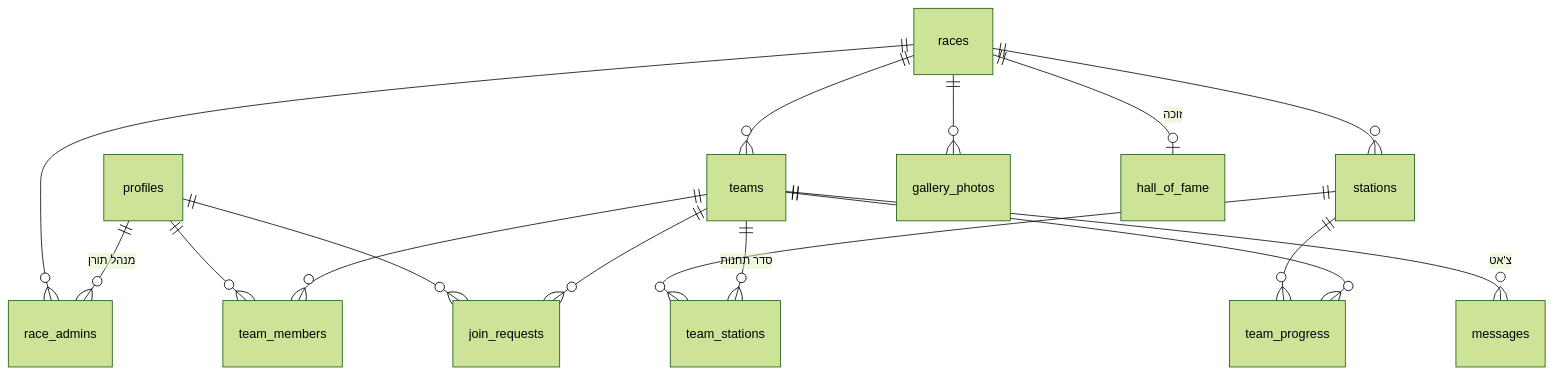
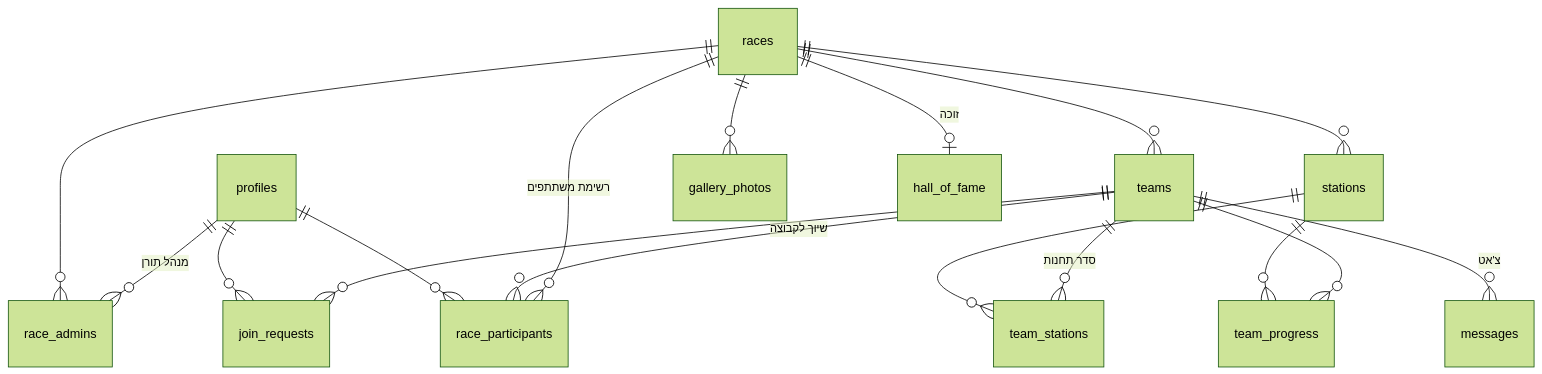
One commit to LironShirazi/cohen-empire changed the diagram in docs/03-data-model.md. Above: the diagram before and after it, drawn with Mermaid (forest theme). The commit also changed other lines of this file and 5 other files, not shown here.

````diff
--- a/docs/03-data-model.md
+++ b/docs/03-data-model.md
@@ -5,18 +5,19 @@
 ```mermaid
 erDiagram
     profiles ||--o{ race_admins : "מנהל תורן"
     races ||--o{ race_admins : ""
     races ||--o{ teams : ""
     races ||--o{ stations : ""
     races ||--o{ gallery_photos : ""
-    teams ||--o{ team_members : ""
-    profiles ||--o{ team_members : ""
+    races ||--o{ race_participants : "רשימת משתתפים"
+    teams ||--o{ race_participants : "שיוך לקבוצה"
+    profiles ||--o{ race_participants : ""
     teams ||--o{ team_stations : "סדר תחנות"
     stations ||--o{ team_stations : ""
     teams ||--o{ team_progress : ""
     stations ||--o{ team_progress : ""
     teams ||--o{ join_requests : ""
     profiles ||--o{ join_requests : ""
     teams ||--o{ messages : "צ'אט"
     races ||--o| hall_of_fame : "זוכה"
 ```
````
